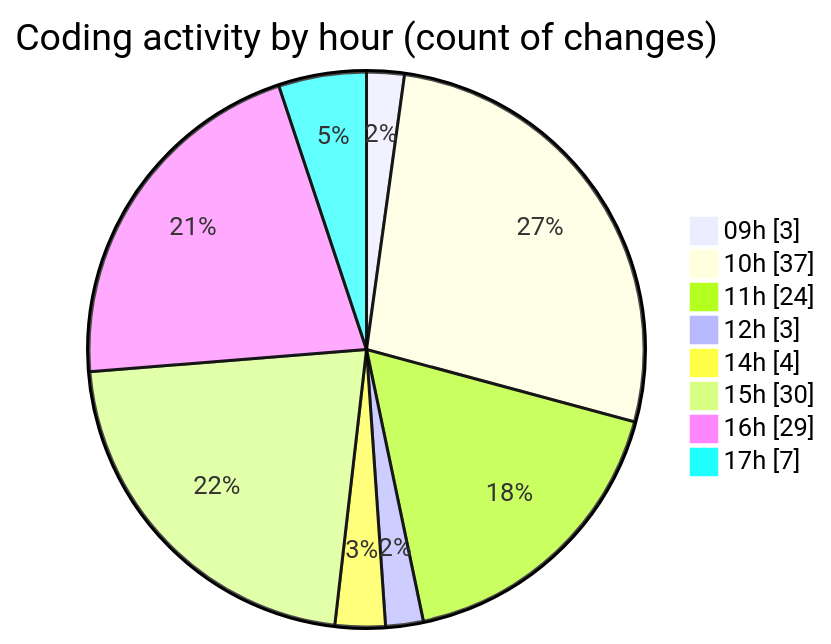
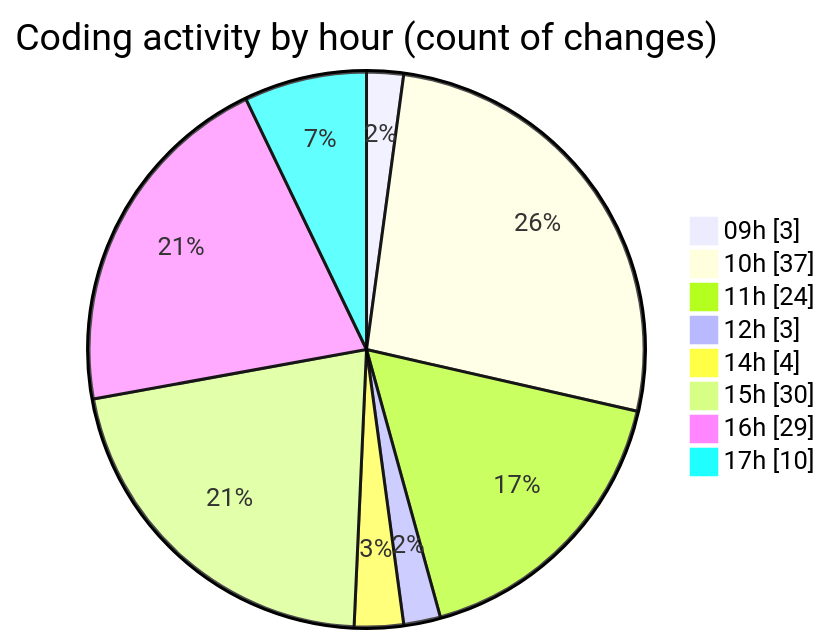
Before and after one commit to CELIANVF/code-tracking: the second of 2 diagrams in 2025-05-02/ecodeli/README.md, drawn with Mermaid. The commit also changed other lines of this file and 1 other file, not shown here.

````diff
--- a/2025-05-02/ecodeli/README.md
+++ b/2025-05-02/ecodeli/README.md
@@ -89,12 +91,12 @@
 ```mermaid
 pie showData
 title Coding activity by hour (count of changes)
 "09h" : 3
 "10h" : 37
 "11h" : 24
 "12h" : 3
 "14h" : 4
 "15h" : 30
 "16h" : 29
-"17h" : 7
+"17h" : 10
 ```
````
